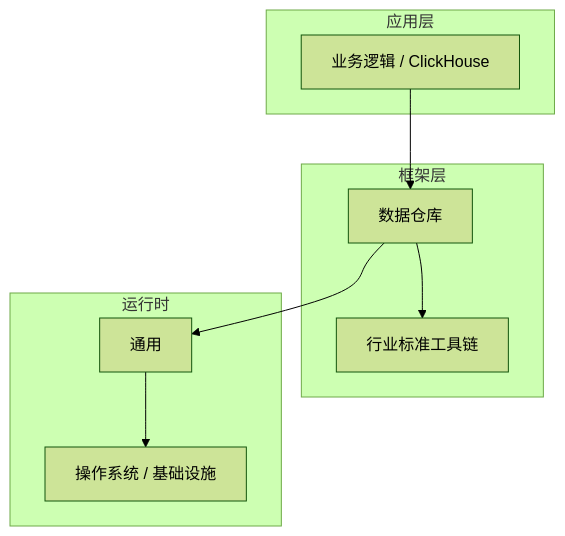
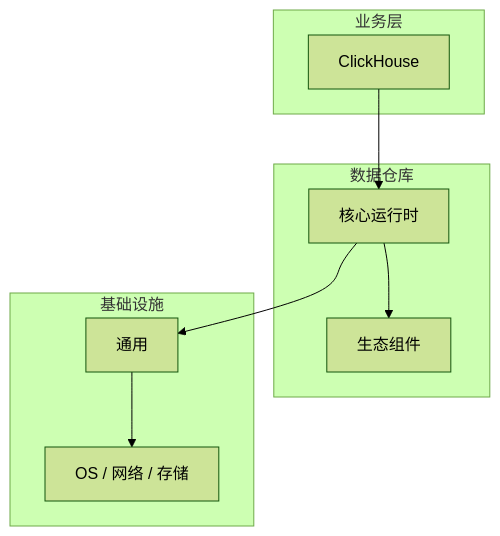
One commit to yanggan2015/knowledge-json-v2 changed the diagram in articles/数据仓库/chapters/066-ClickHouse核心概念与原理.md. Above: the diagram before and after it, drawn with Mermaid (forest theme). The commit also changed other lines of this file and 10127 other files, not shown here.

````diff
--- a/articles/数据仓库/chapters/066-ClickHouse核心概念与原理.md
+++ b/articles/数据仓库/chapters/066-ClickHouse核心概念与原理.md
@@ -45,18 +34,18 @@
 ```mermaid
 graph TB
-    subgraph 应用层
-        A[业务逻辑 / ClickHouse]
+    subgraph 业务层
+        A[ClickHouse]
     end
-    subgraph 框架层
-        B[数据仓库]
-        C[行业标准工具链]
+    subgraph 数据仓库
+        B[核心运行时]
+        C[生态组件]
     end
-    subgraph 运行时
+    subgraph 基础设施
         D[通用]
-        E[操作系统 / 基础设施]
+        E[OS / 网络 / 存储]
     end
     A --> B
     B --> C
     B --> D
     D --> E
 ```
````
